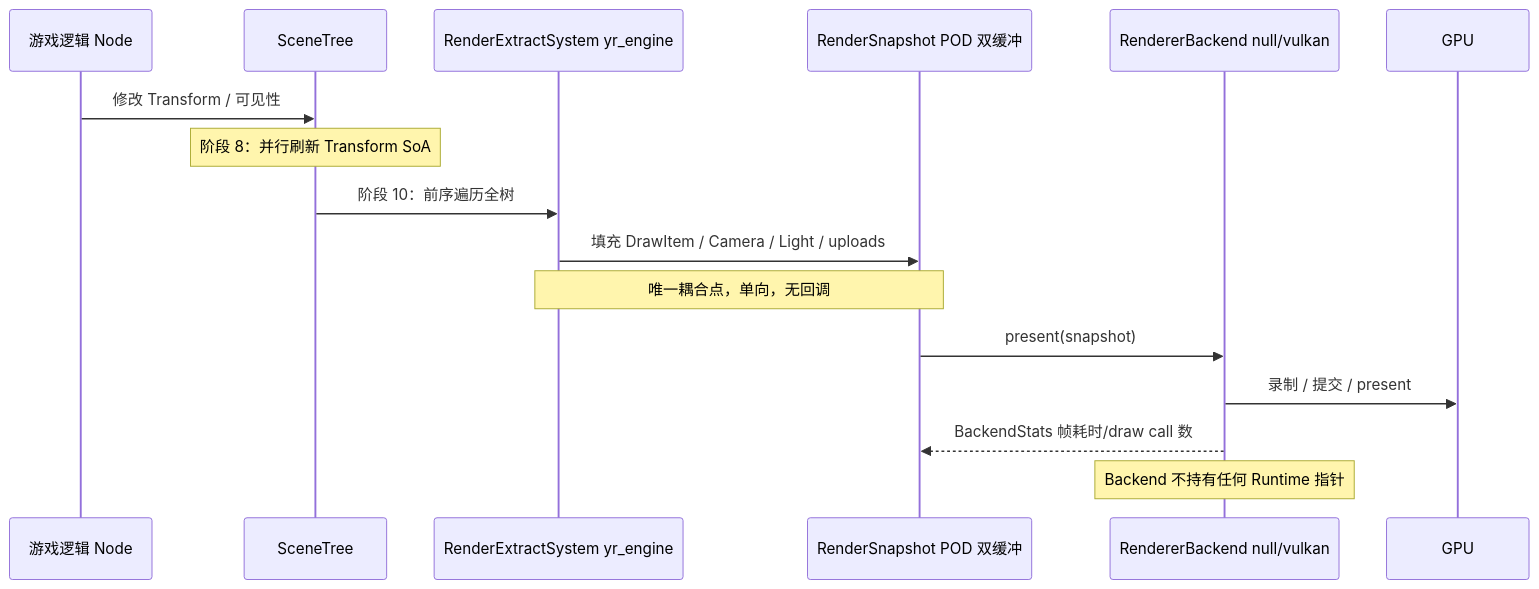
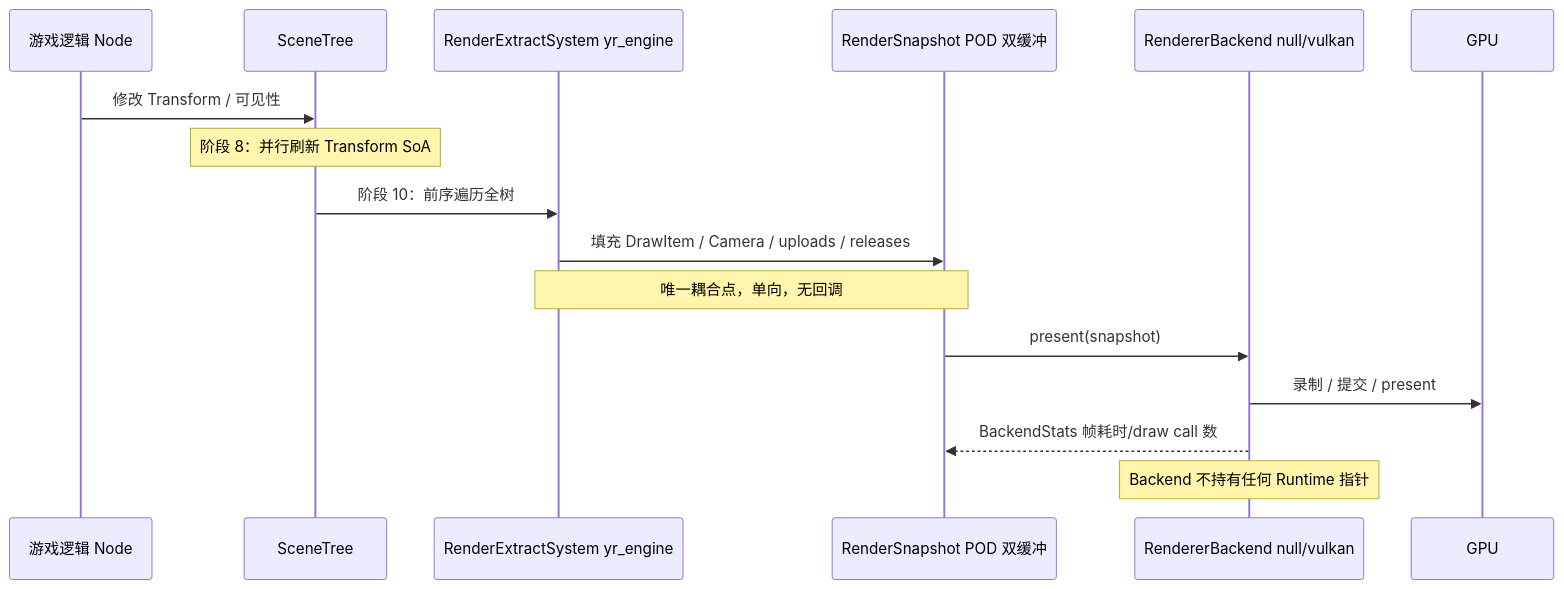
The second of 2 diagrams in doc/01-architecture.md (yoyorm/YRuntime), drawn with Mermaid before and after one commit. The commit also changed other lines of this file and 8 other files, not shown here.

````diff
--- a/doc/01-architecture.md
+++ b/doc/01-architecture.md
@@ -725,19 +727,19 @@
 ```mermaid
 sequenceDiagram
     participant G as 游戏逻辑 Node
     participant T as SceneTree
     participant X as RenderExtractSystem yr_engine
     participant S as RenderSnapshot POD 双缓冲
     participant B as RendererBackend null/vulkan
     participant GPU as GPU
 
     G->>T: 修改 Transform / 可见性
     Note over T: 阶段 8：并行刷新 Transform SoA
     T->>X: 阶段 10：前序遍历全树
-    X->>S: 填充 DrawItem / Camera / Light / uploads
+    X->>S: 填充 DrawItem / Camera / uploads / releases
     Note over X,S: 唯一耦合点，单向，无回调
     S->>B: present(snapshot)
     B->>GPU: 录制 / 提交 / present
     B-->>S: BackendStats 帧耗时/draw call 数
     Note over B: Backend 不持有任何 Runtime 指针
 ```
````
